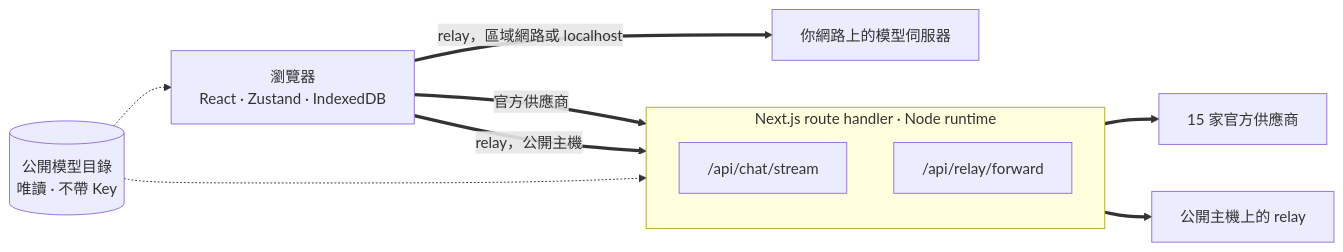
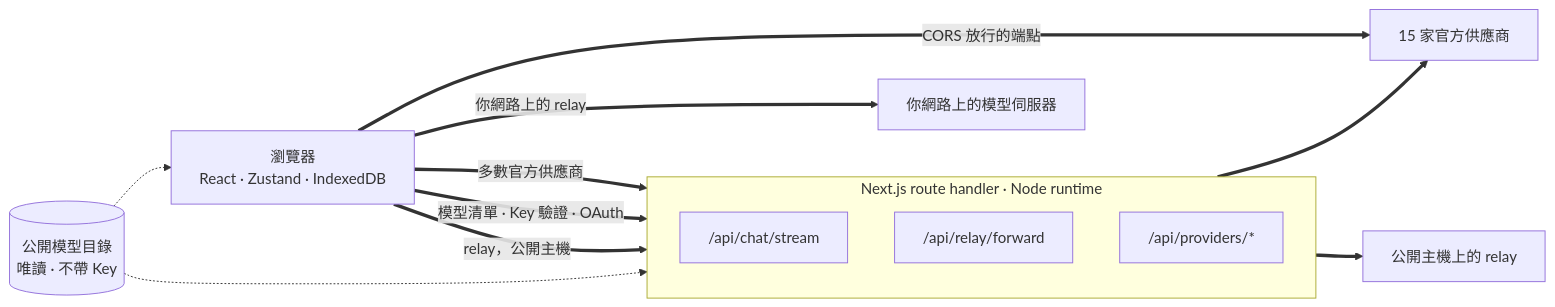
The first of 2 diagrams in readme_i18n/zh-Hant/web.md (oriveo/oriveo), drawn with Mermaid before and after one commit. The commit also changed other lines of this file and 62 other files, not shown here.

````diff
--- a/readme_i18n/zh-Hant/web.md
+++ b/readme_i18n/zh-Hant/web.md
@@ -58,21 +58,24 @@
 ```mermaid
 flowchart LR
     browser["瀏覽器<br/>React · Zustand · IndexedDB"]
 
     subgraph server ["Next.js route handler · Node runtime"]
         direction TB
         chat["/api/chat/stream"]
         fwd["/api/relay/forward"]
+        prov["/api/providers/*"]
     end
 
     official["15 家官方供應商"]
     pubrelay["公開主機上的 relay"]
     lan["你網路上的模型伺服器"]
     catalog[("公開模型目錄<br/>唯讀 · 不帶 Key")]
 
-    browser ==>|"官方供應商"| chat ==> official
+    browser ==>|"多數官方供應商"| chat ==> official
+    browser ==>|"模型清單 · Key 驗證 · OAuth"| prov
     browser ==>|"relay，公開主機"| fwd ==> pubrelay
-    browser ==>|"relay，區域網路或 localhost"| lan
+    browser ==>|"你網路上的 relay"| lan
+    browser ==>|"CORS 放行的端點"| official
     catalog -.-> browser
     catalog -.-> chat
 ```
````
